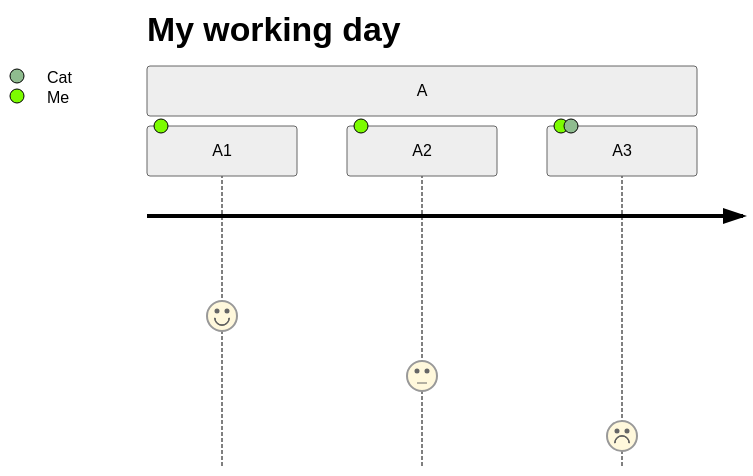
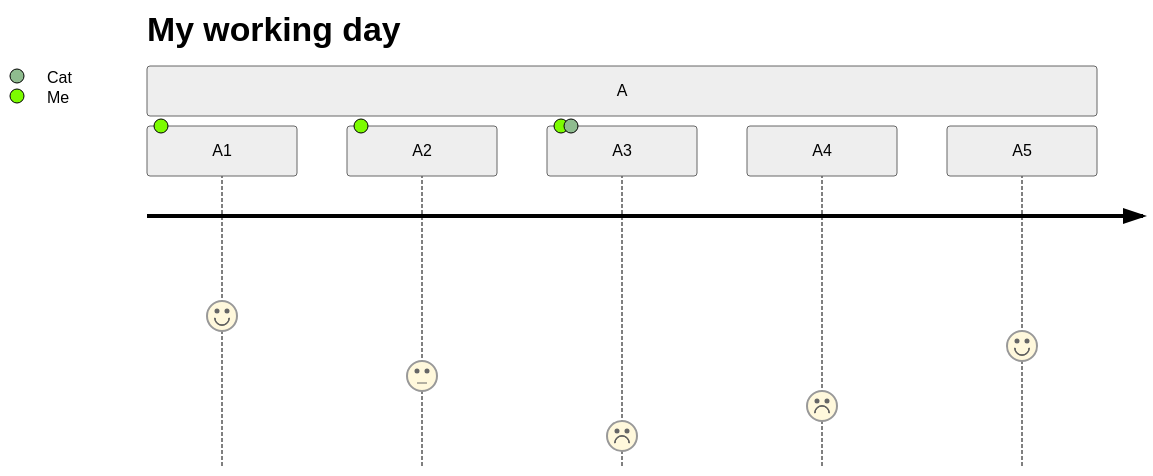
One commit to sweatran/typora-onedark-theme changed the ninth of 11 diagrams in example/example.md. Above: the diagram before and after it, drawn with Mermaid (neutral theme). The commit also changed other lines of this file and 2 other files, not shown here.

Commit message:
update for v0.11.16 beta

````diff
--- a/example/example.md
+++ b/example/example.md
@@ -362,8 +362,10 @@
 ```mermaid
 journey
     title My working day
     section A
         A1: 5: Me
         A2: 3: Me
         A3: 1: Me, Cat
+        A4: 2
+        A5: 4
 ```
````
